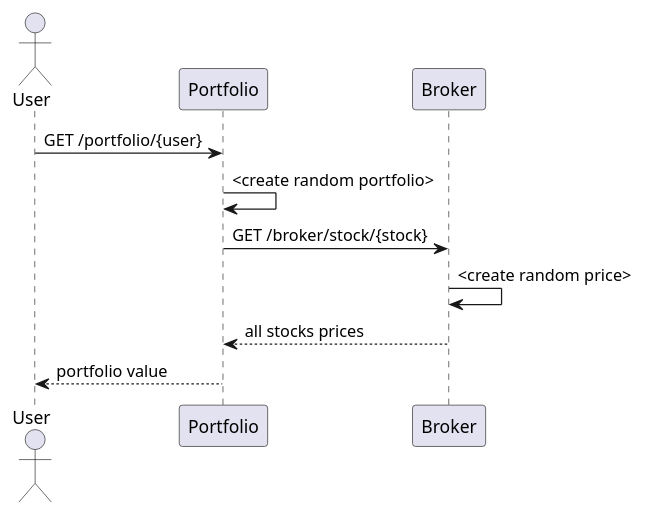
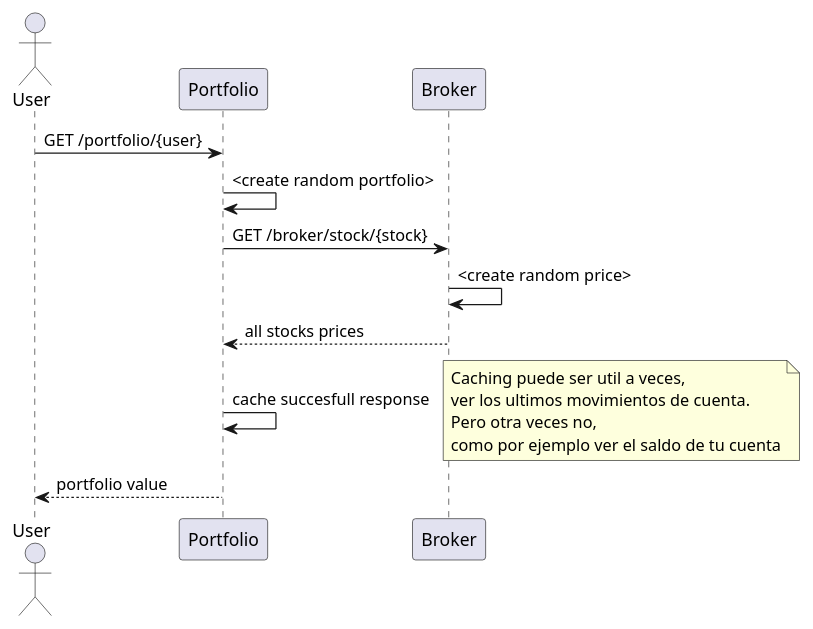
One commit to josetesan/spring-ftdemo changed the diagram in request.puml. Above: the diagram before and after it, drawn with PlantUML. The commit also changed 11 other files, not shown here.

```diff
--- a/request.puml
+++ b/request.puml
@@ -1,9 +1,16 @@
-@startuml
+@startuml fault tolerant
 Actor User
 User -> Portfolio: GET /portfolio/{user}
 Portfolio -> Portfolio: <create random portfolio>
 Portfolio -> Broker: GET /broker/stock/{stock}
 Broker -> Broker: <create random price>
 Broker --> Portfolio: all stocks prices
+Portfolio -> Portfolio: cache succesfull response
+note right
+Caching puede ser util a veces,
+ver los ultimos movimientos de cuenta.
+Pero otra veces no, 
+como por ejemplo ver el saldo de tu cuenta
+end note
 Portfolio --> User: portfolio value
 @enduml
```
